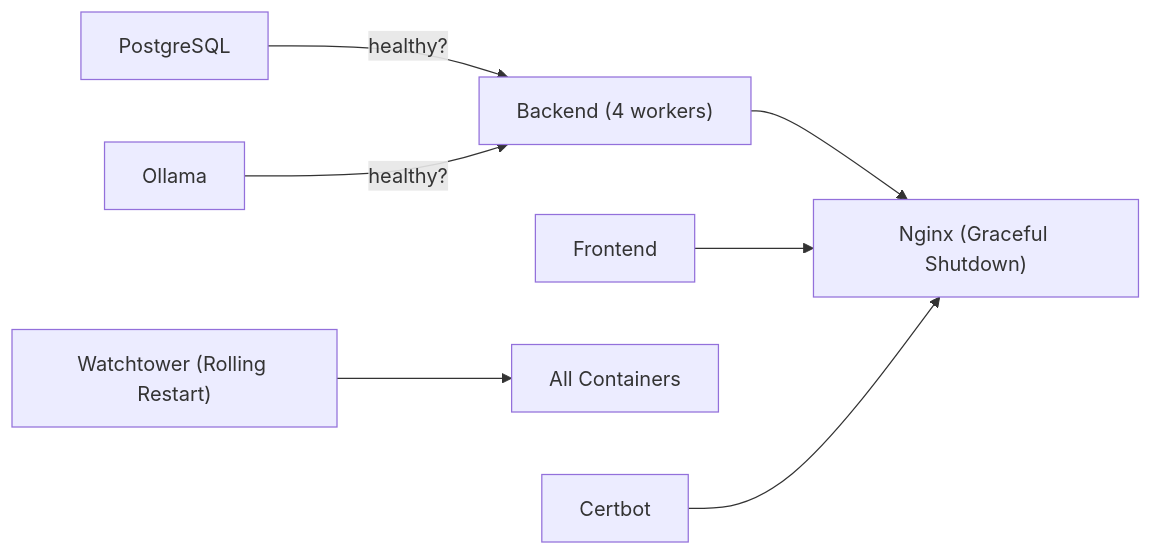
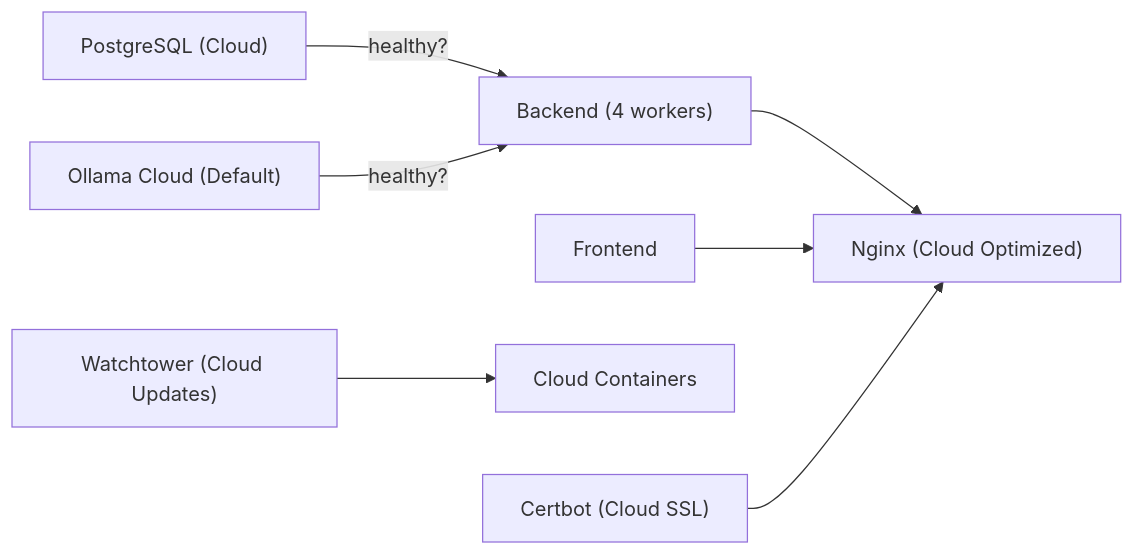
One commit to Revanththetalogics/aireume changed the sixth of 8 diagrams in .qoder/repowiki/en/content/Deployment & DevOps/Deployment & DevOps.md. Above: the diagram before and after it, drawn with Mermaid. The commit also changed other lines of this file and 11 other files, not shown here.

First line of the commit message:
fix: make all LLM configurations cloud-aware to prevent JSON truncation

````diff
--- a/.qoder/repowiki/en/content/Deployment & DevOps/Deployment & DevOps.md
+++ b/.qoder/repowiki/en/content/Deployment & DevOps/Deployment & DevOps.md
@@ -224,9 +273,9 @@
 ```mermaid
 graph LR
-Postgres["PostgreSQL"] -- "healthy?" --> Backend["Backend (4 workers)"]
-Ollama["Ollama"] -- "healthy?" --> Backend
-Backend --> Nginx["Nginx (Graceful Shutdown)"]
+Postgres["PostgreSQL (Cloud)"] -- "healthy?" --> Backend["Backend (4 workers)"]
+OllamaCloud["Ollama Cloud (Default)"] -- "healthy?" --> Backend
+Backend --> Nginx["Nginx (Cloud Optimized)"]
 Frontend["Frontend"] --> Nginx
-Watchtower["Watchtower (Rolling Restart)"] --> Containers["All Containers"]
-Certbot["Certbot"] --> Nginx
+Watchtower["Watchtower (Cloud Updates)"] --> Containers["Cloud Containers"]
+Certbot["Certbot (Cloud SSL)"] --> Nginx
 ```
````
